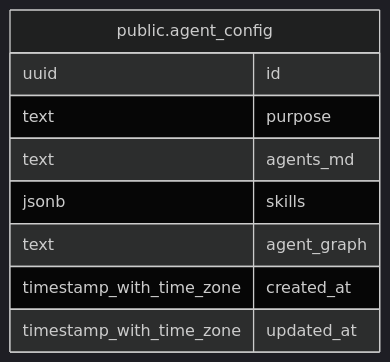
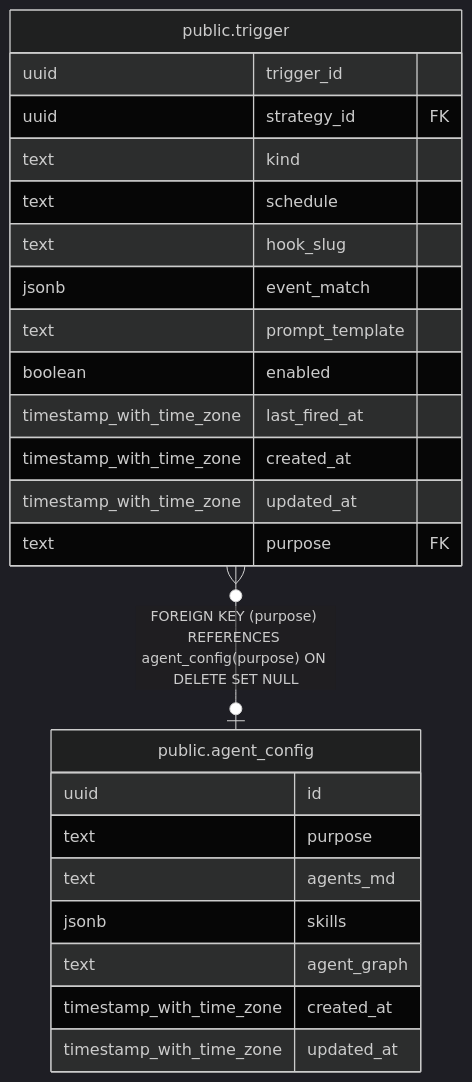
The diagram in backend/docs/db/public.agent_config.md (fohte/t-rader), drawn with Mermaid (dark theme) before and after one commit. The commit also changed other lines of this file and 3 other files, not shown here.

First line of the commit message:
docs(db): 最新 migration を schema docs に反映する

````diff
--- a/backend/docs/db/public.agent_config.md
+++ b/backend/docs/db/public.agent_config.md
@@ -31,14 +31,29 @@
 ```mermaid
 erDiagram
 
+"public.trigger" }o--o| "public.agent_config" : "FOREIGN KEY (purpose) REFERENCES agent_config(purpose) ON DELETE SET NULL"
 
 "public.agent_config" {
   uuid id
   text purpose
   text agents_md
   jsonb skills
   text agent_graph
   timestamp_with_time_zone created_at
   timestamp_with_time_zone updated_at
 }
+"public.trigger" {
+  uuid trigger_id
+  uuid strategy_id FK
+  text kind
+  text schedule
+  text hook_slug
+  jsonb event_match
+  text prompt_template
+  boolean enabled
+  timestamp_with_time_zone last_fired_at
+  timestamp_with_time_zone created_at
+  timestamp_with_time_zone updated_at
+  text purpose FK
+}
 ```
````
